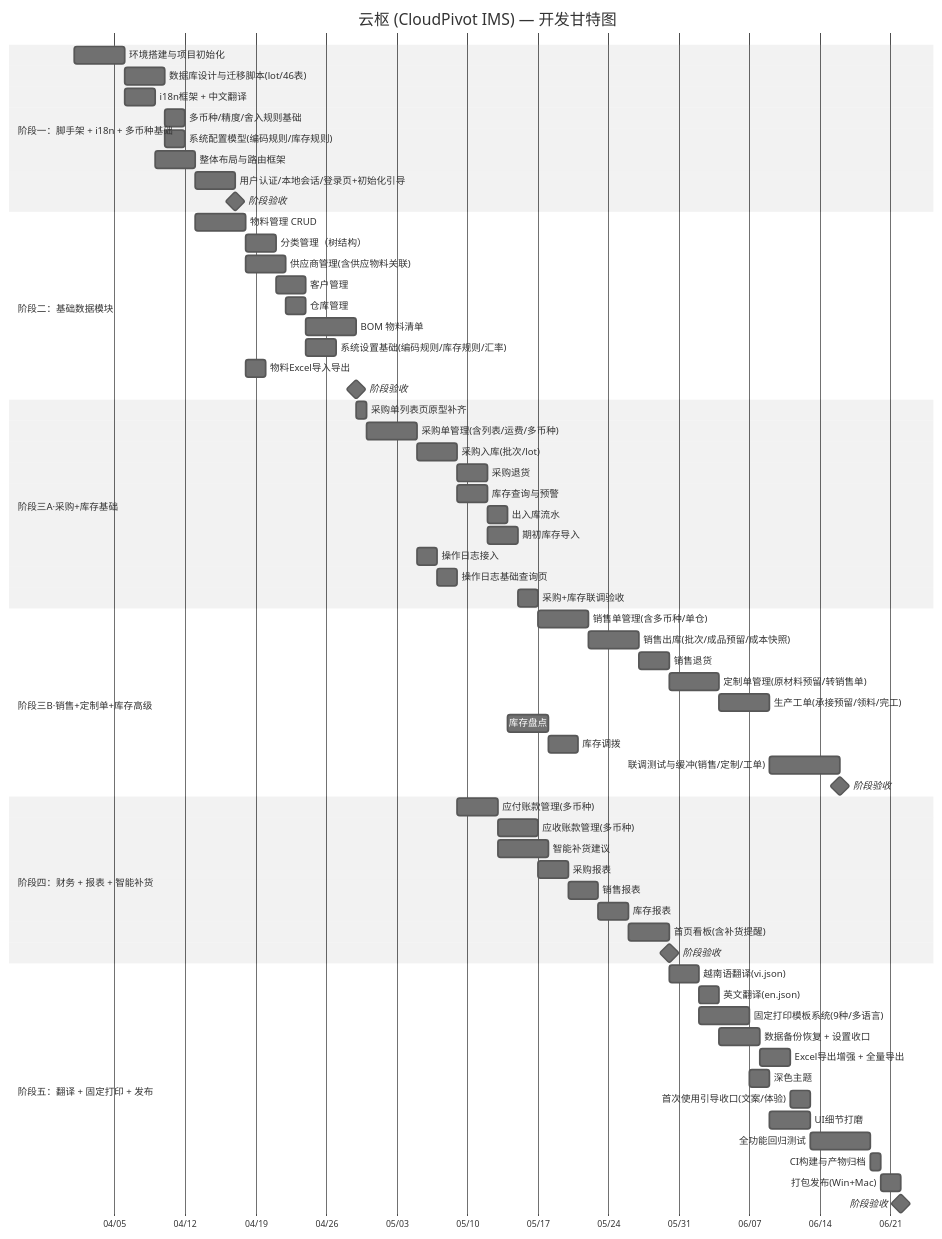
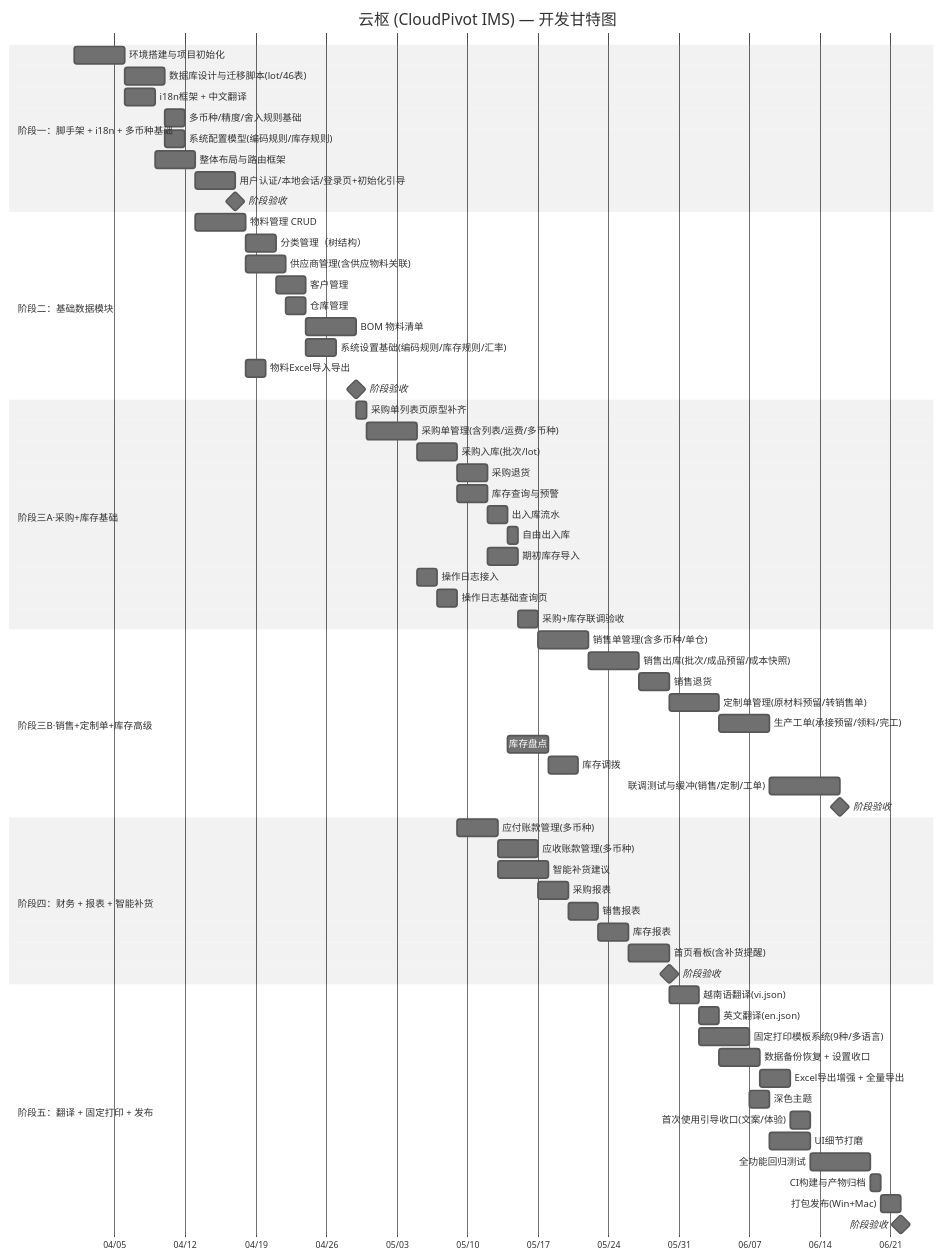
Before and after one commit to kurisu994/CloudPivot: the diagram in docs/04-development-plan.md, drawn with Mermaid (neutral theme). The commit also changed other lines of this file and 21 other files, not shown here.

````diff
--- a/docs/04-development-plan.md
+++ b/docs/04-development-plan.md
@@ -25,74 +25,75 @@
 ```mermaid
 gantt
     title 云枢 (CloudPivot IMS) — 开发甘特图
     dateFormat  YYYY-MM-DD
     axisFormat  %m/%d
 
     section 阶段一：脚手架 + i18n + 多币种基础
     环境搭建与项目初始化         :a1, 2026-04-01, 5d
     数据库设计与迁移脚本(lot/46表) :a2, after a1, 4d
     i18n框架 + 中文翻译         :a3, after a1, 3d
     多币种/精度/舍入规则基础      :a4, after a2, 2d
     系统配置模型(编码规则/库存规则) :a5, after a2, 2d
     整体布局与路由框架           :a6, after a3, 4d
     用户认证/本地会话/登录页+初始化引导 :a7, after a6, 4d
     阶段验收                     :milestone, after a7, 0d
 
     section 阶段二：基础数据模块
     物料管理 CRUD                :b1, after a6, 5d
     分类管理（树结构）           :b2, after b1, 3d
     供应商管理(含供应物料关联)    :b3, after b1, 4d
     客户管理                     :b4, after b2, 3d
     仓库管理                     :b5, after b3, 2d
     BOM 物料清单                 :b6, after b4, 5d
     系统设置基础(编码规则/库存规则/汇率) :b7, after b5, 3d
     物料Excel导入导出            :b9, after b1, 2d
     阶段验收                     :milestone, after b6, 0d
 
     section 阶段三A·采购+库存基础
     采购单列表页原型补齐          :c0, after b6, 1d
     采购单管理(含列表/运费/多币种) :c1, after c0, 5d
     采购入库(批次/lot)            :c2, after c1, 4d
     采购退货                     :c3, after c2, 3d
     库存查询与预警               :c7, after c2, 3d
     出入库流水                   :c8, after c7, 2d
+    自由出入库                   :c8a, after c8, 1d
     期初库存导入                 :c9, after c7, 3d
     操作日志接入                 :c10, after c1, 2d
     操作日志基础查询页           :c10a, after c10, 2d
     采购+库存联调验收            :c_m, after c9, 2d
 
     section 阶段三B·销售+定制单+库存高级
     销售单管理(含多币种/单仓)     :c4, after c_m, 5d
     销售出库(批次/成品预留/成本快照) :c5, after c4, 5d
     销售退货                     :c6, after c5, 3d
     定制单管理(原材料预留/转销售单) :c13, after c6, 5d
     生产工单(承接预留/领料/完工)  :c15, after c13, 5d
     库存盘点                     :c11, after c8, 4d
     库存调拨                     :c12, after c11, 3d
     联调测试与缓冲(销售/定制/工单) :c14, after c15, 7d
     阶段验收                     :milestone, after c14, 0d
 
     section 阶段四：财务 + 报表 + 智能补货
     应付账款管理(多币种)         :d1, after c2, 4d
     应收账款管理(多币种)         :d2, after d1, 4d
     智能补货建议                 :d3, after d1, 5d
     采购报表                     :d4, after d2, 3d
     销售报表                     :d5, after d4, 3d
     库存报表                     :d6, after d5, 3d
     首页看板(含补货提醒)         :d7, after d6, 4d
     阶段验收                     :milestone, after d7, 0d
 
     section 阶段五：翻译 + 固定打印 + 发布
     越南语翻译(vi.json)          :e1, after d7, 3d
     英文翻译(en.json)            :e2, after e1, 2d
     固定打印模板系统(9种/多语言)  :e3, after e1, 5d
     数据备份恢复 + 设置收口       :e4, after e2, 4d
     Excel导出增强 + 全量导出      :e5, after e4, 3d
     深色主题                     :e6, after e3, 2d
     首次使用引导收口(文案/体验)     :e7, after e5, 2d
     UI细节打磨                   :e8, after e6, 4d
     全功能回归测试               :e9, after e7, 6d
     CI构建与产物归档             :e10, after e9, 1d
     打包发布(Win+Mac)            :e11, after e10, 2d
     阶段验收                     :milestone, after e11, 0d
 ```
````
